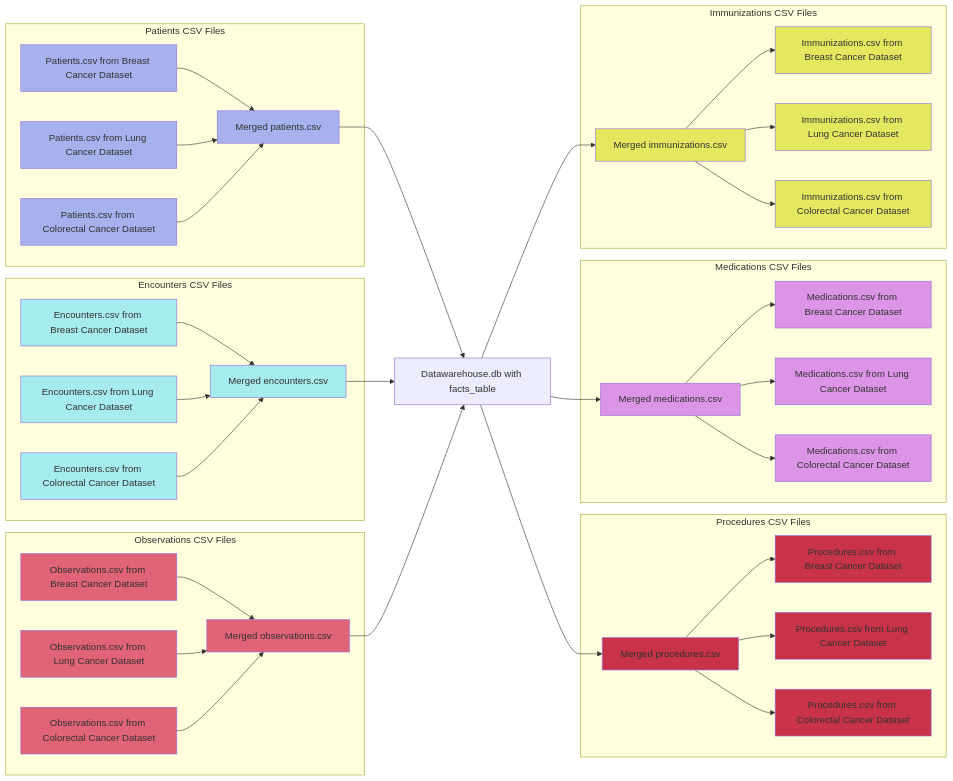
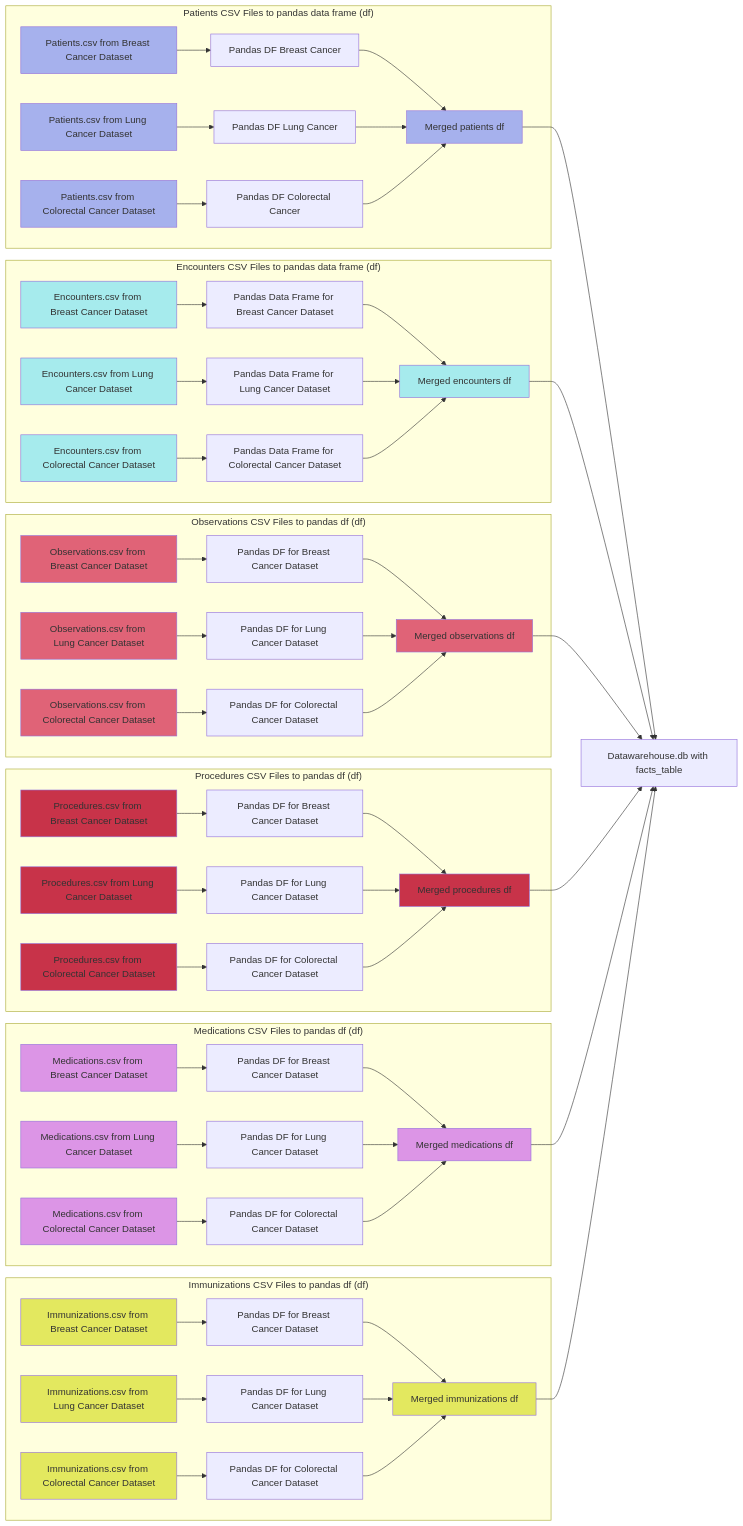
The diagram in Documentation/mermaid_flowchart.md (Fuenfgeld/DMA2024TeamC), drawn with Mermaid before and after one commit.

````diff
--- a/Documentation/mermaid_flowchart.md
+++ b/Documentation/mermaid_flowchart.md
@@ -1,6 +1,8 @@
 ```mermaid
 
-flowchart LR
+graph LR
+
+database["Datawarehouse.db with facts_table"]
 
 classDef patients fill:#a6b1ed;
 classDef encounters fill:#a6ebed;
@@ -9,97 +11,131 @@
 classDef medications fill:#dc95e6;
 classDef immunizations fill:#e3e85f;
 
-subgraph "Patients CSV Files"
+subgraph "Patients CSV Files to pandas data frame (df)"
     breast_patients["Patients.csv from Breast Cancer Dataset"]
     lung_patients["Patients.csv from Lung Cancer Dataset"]
     colorectal_patients["Patients.csv from Colorectal Cancer Dataset"]
-    merged_patients["Merged patients.csv"]
-    breast_patients-->merged_patients
-    lung_patients-->merged_patients
-    colorectal_patients-->merged_patients
-end
+    df_breast["Pandas DF Breast Cancer"]
+    df_lung["Pandas DF Lung Cancer"]
+    df_colorectal["Pandas DF Colorectal Cancer"]
+    merged_patients["Merged patients df"]
+    breast_patients-->df_breast-->merged_patients
+    lung_patients-->df_lung-->merged_patients
+    colorectal_patients-->df_colorectal-->merged_patients
+    end
 class breast_patients patients
 class lung_patients patients
 class colorectal_patients patients
 class merged_patients patients
 
-subgraph "Encounters CSV Files"
+subgraph "Encounters CSV Files to pandas data frame (df)"
     breast_encounters["Encounters.csv from Breast Cancer Dataset"]
     lung_encounters["Encounters.csv from Lung Cancer Dataset"]
     colorectal_encounters["Encounters.csv from Colorectal Cancer Dataset"]
-    merged_encounters["Merged encounters.csv"]
-    breast_encounters-->merged_encounters
-    lung_encounters-->merged_encounters
-    colorectal_encounters-->merged_encounters
+    df_breast_encounters["Pandas Data Frame for Breast Cancer Dataset"]
+    df_lung_encounters["Pandas Data Frame for Lung Cancer Dataset"]
+    df_colorectal_encounters["Pandas Data Frame for Colorectal Cancer Dataset"]
+    merged_encounters["Merged encounters df"]
+    breast_encounters-->df_breast_encounters
+    lung_encounters-->df_lung_encounters
+    colorectal_encounters-->df_colorectal_encounters
+    df_breast_encounters-->merged_encounters
+    df_lung_encounters-->merged_encounters
+    df_colorectal_encounters-->merged_encounters
 end
 class breast_encounters encounters
 class lung_encounters encounters
 class colorectal_encounters encounters
 class merged_encounters encounters
 
-subgraph "Observations CSV Files"
+subgraph "Observations CSV Files to pandas df (df)"
     breast_observations["Observations.csv from Breast Cancer Dataset"]
     lung_observations["Observations.csv from Lung Cancer Dataset"]
     colorectal_observations["Observations.csv from Colorectal Cancer Dataset"]
-    merged_observations["Merged observations.csv"]
-    breast_observations-->merged_observations
-    lung_observations-->merged_observations
-    colorectal_observations-->merged_observations
+    df_breast_observations["Pandas DF for Breast Cancer Dataset"]
+    df_lung_observations["Pandas DF for Lung Cancer Dataset"]
+    df_colorectal_observations["Pandas DF for Colorectal Cancer Dataset"]
+    merged_observations["Merged observations df"]
+    breast_observations-->df_breast_observations
+    lung_observations-->df_lung_observations
+    colorectal_observations-->df_colorectal_observations
+    df_breast_observations-->merged_observations
+    df_lung_observations-->merged_observations
+    df_colorectal_observations-->merged_observations
 end
 class breast_observations observations
 class lung_observations observations
 class colorectal_observations observations
 class merged_observations observations
 
-database["Datawarehouse.db with facts_table"]
+
 merged_patients-->database
 merged_encounters-->database
 merged_observations-->database
 
-subgraph "Procedures CSV Files"
+subgraph "Procedures CSV Files to pandas df (df)"
     breast_procedures["Procedures.csv from Breast Cancer Dataset"]
     lung_procedures["Procedures.csv from Lung Cancer Dataset"]
     colorectal_procedures["Procedures.csv from Colorectal Cancer Dataset"]
-    merged_procedures["Merged procedures.csv"]
-    merged_procedures-->breast_procedures
-    merged_procedures-->lung_procedures
-    merged_procedures-->colorectal_procedures
+    df_breast_procedures["Pandas DF for Breast Cancer Dataset"]
+    df_lung_procedures["Pandas DF for Lung Cancer Dataset"]
+    df_colorectal_procedures["Pandas DF for Colorectal Cancer Dataset"]
+    merged_procedures["Merged procedures df"]
+    breast_procedures-->df_breast_procedures
+    lung_procedures-->df_lung_procedures
+    colorectal_procedures-->df_colorectal_procedures
+    df_breast_procedures-->merged_procedures
+    df_lung_procedures-->merged_procedures
+    df_colorectal_procedures-->merged_procedures
+
 end
 class breast_procedures procedures
 class lung_procedures procedures
 class colorectal_procedures procedures
 class merged_procedures procedures
 
-subgraph "Medications CSV Files"
+subgraph "Medications CSV Files to pandas df (df)"
     breast_medications["Medications.csv from Breast Cancer Dataset"]
     lung_medications["Medications.csv from Lung Cancer Dataset"]
     colorectal_medications["Medications.csv from Colorectal Cancer Dataset"]
-    merged_medications["Merged medications.csv"]
-    merged_medications-->breast_medications
-    merged_medications-->lung_medications
-    merged_medications-->colorectal_medications
+    df_breast_medications["Pandas DF for Breast Cancer Dataset"]
+    df_lung_medications["Pandas DF for Lung Cancer Dataset"]
+    df_colorectal_medications["Pandas DF for Colorectal Cancer Dataset"]
+    merged_medications["Merged medications df"]
+    breast_medications-->df_breast_medications
+    lung_medications-->df_lung_medications
+    colorectal_medications-->df_colorectal_medications
+    df_breast_medications-->merged_medications
+    df_lung_medications-->merged_medications
+    df_colorectal_medications-->merged_medications
 end
 class breast_medications medications
 class lung_medications medications
 class colorectal_medications medications
 class merged_medications medications
 
-subgraph "Immunizations CSV Files"
+subgraph "Immunizations CSV Files to pandas df (df)"
     breast_immunizations["Immunizations.csv from Breast Cancer Dataset"]
     lung_immunizations["Immunizations.csv from Lung Cancer Dataset"]
     colorectal_immunizations["Immunizations.csv from Colorectal Cancer Dataset"]
-    merged_immunizations["Merged immunizations.csv"]
-    merged_immunizations-->breast_immunizations
-    merged_immunizations-->lung_immunizations
-    merged_immunizations-->colorectal_immunizations
+    df_breast_immunizations["Pandas DF for Breast Cancer Dataset"]
+    df_lung_immunizations["Pandas DF for Lung Cancer Dataset"]
+    df_colorectal_immunizations["Pandas DF for Colorectal Cancer Dataset"]
+    merged_immunizations["Merged immunizations df"]
+    breast_immunizations-->df_breast_immunizations
+    lung_immunizations-->df_lung_immunizations
+    colorectal_immunizations-->df_colorectal_immunizations
+    df_breast_immunizations-->merged_immunizations
+    df_lung_immunizations-->merged_immunizations
+    df_colorectal_immunizations-->merged_immunizations
 end
 class breast_immunizations immunizations
 class lung_immunizations immunizations
 class colorectal_immunizations immunizations
 class merged_immunizations immunizations
 
-database-->merged_procedures
-database-->merged_medications
-database-->merged_immunizations
+merged_procedures-->database
+merged_medications-->database
+merged_immunizations-->database
 
 ```
````
